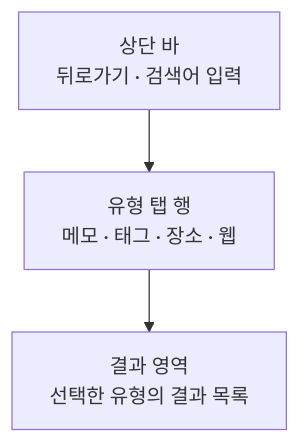
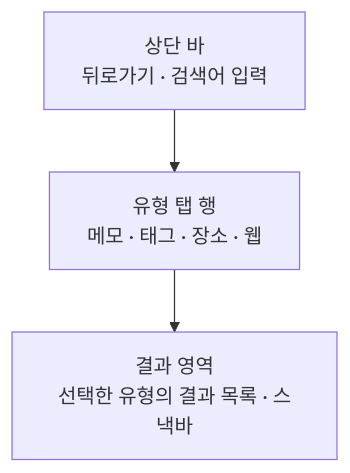
One commit to taetae98coding/DiaryKMP changed the diagram in docs/design/search-home.md. Above: the diagram before and after it, drawn with Mermaid. The commit also changed other lines of this file and 37 other files, not shown here.

````diff
--- a/docs/design/search-home.md
+++ b/docs/design/search-home.md
@@ -17,5 +17,5 @@
 ```mermaid
 flowchart TD
     Bar["상단 바<br/>뒤로가기 · 검색어 입력"] --> Tabs["유형 탭 행<br/>메모 · 태그 · 장소 · 웹"]
-    Tabs --> Result["결과 영역<br/>선택한 유형의 결과 목록"]
+    Tabs --> Result["결과 영역<br/>선택한 유형의 결과 목록 · 스낵바"]
 ```
````
